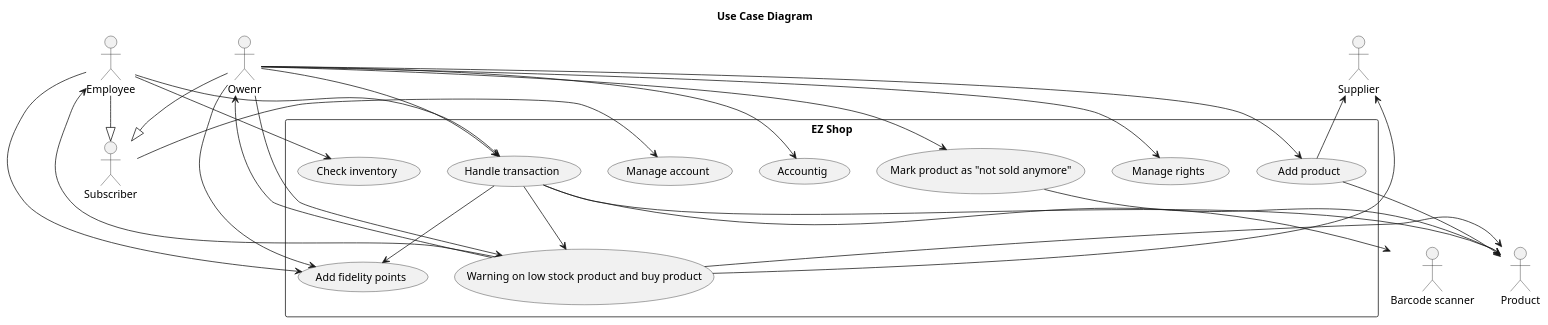
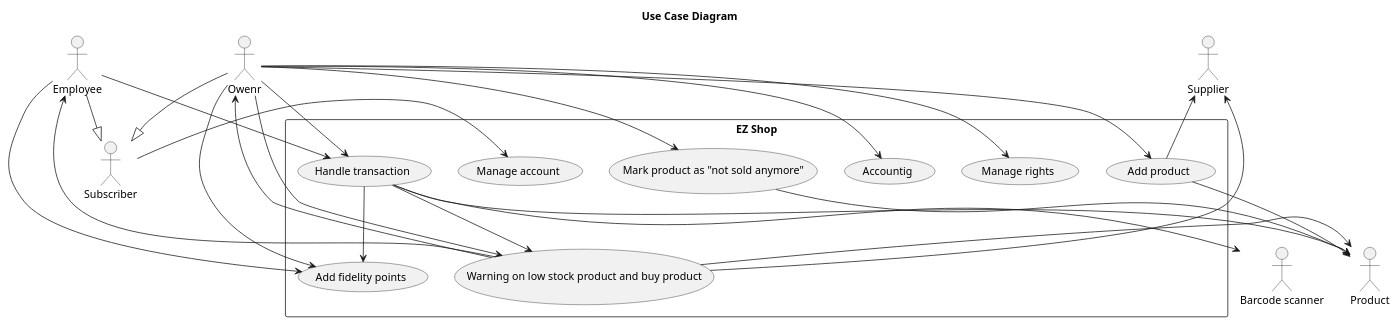
Before and after one commit to nicolabattaglino/ezshop: the second of 6 diagrams in Deliverables/RequirementsDocument.md, drawn with PlantUML.

Commit message:
Fixes to use case diagram

````diff
--- a/Deliverables/RequirementsDocument.md
+++ b/Deliverables/RequirementsDocument.md
@@ -198,49 +198,47 @@
 ```plantuml
 @startuml
 
 title Use Case Diagram
 rectangle "EZ Shop" as EZShop{
 "Warning on low stock product and buy product" as (warning)
-"Check inventory" as (checkInventory)
 "Handle transaction" as (handleTransaction)
 "Mark product as "not sold anymore"" as (notSold)
 "Add fidelity points" as (addPoints)
 "Manage account" as (manageAccount)
 "Accountig" as (accounting)
 "Add product" as (addProduct)
 "Manage rights" as (manageRights)
 }
 
 "Owenr" as owner
 "Employee" as employee
 "Subscriber" as subscriber
 "Supplier" as supplier
 "Product" as product
 "Barcode scanner" as bcScanner
 
 (handleTransaction) -->(addPoints)
 (handleTransaction)->product
 (handleTransaction) --> bcScanner
 owner<---(warning)
 employee<---(warning)
 supplier<---(warning)
 (warning)->product
 (notSold)->product
 (addProduct) ->product
 supplier<--(addProduct) 
 owner-->(handleTransaction)
 owner-->(addProduct)
 owner-->(notSold)
 owner-->(addPoints)
 owner-->(manageRights)
 owner-->(accounting)
 owner-->(warning)
 owner--|> subscriber
 employee --|>subscriber
 subscriber -->(manageAccount)
 employee-->(handleTransaction)
-employee-->(checkInventory)
 employee-->(addPoints)
 (handleTransaction) --> (warning)
 @enduml
 ```
````
